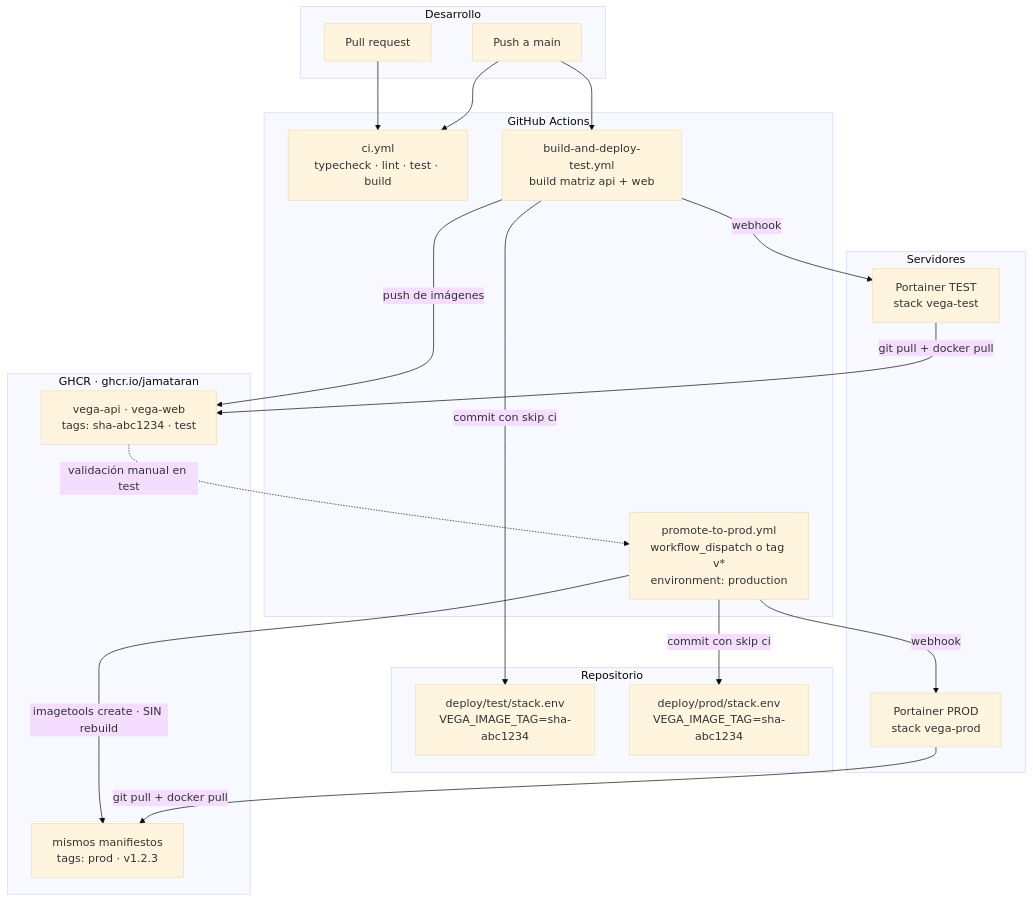
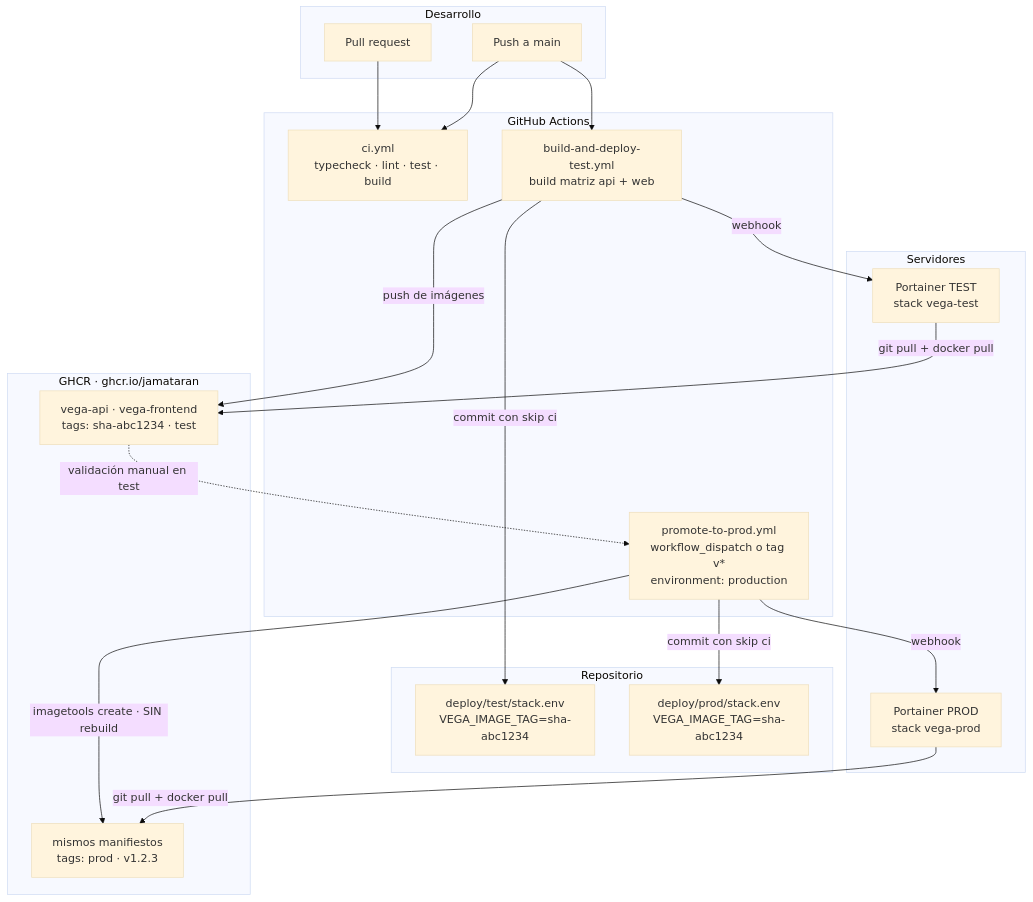
Before and after one commit to jamataran/vega: the diagram in deploy/README.md, drawn with Mermaid (base theme). The commit also changed other lines of this file and 103 other files, not shown here.

First line of the commit message:
refactor(frontend)!: renombrar apps/web a apps/frontend y añadir desglose de coste

````diff
--- a/deploy/README.md
+++ b/deploy/README.md
@@ -20,42 +20,42 @@
 ```mermaid
 flowchart TD
     subgraph dev["Desarrollo"]
         PR["Pull request"]
         MAIN["Push a main"]
     end
 
     subgraph gha["GitHub Actions"]
         CI["ci.yml<br/>typecheck · lint · test · build"]
         BUILD["build-and-deploy-test.yml<br/>build matriz api + web"]
         PROMO["promote-to-prod.yml<br/>workflow_dispatch o tag v*<br/>environment: production"]
     end
 
     subgraph ghcr["GHCR · ghcr.io/jamataran"]
-        IMG["vega-api · vega-web<br/>tags: sha-abc1234 · test"]
+        IMG["vega-api · vega-frontend<br/>tags: sha-abc1234 · test"]
         IMGP["mismos manifiestos<br/>tags: prod · v1.2.3"]
     end
 
     subgraph git["Repositorio"]
         SET["deploy/test/stack.env<br/>VEGA_IMAGE_TAG=sha-abc1234"]
         SEP["deploy/prod/stack.env<br/>VEGA_IMAGE_TAG=sha-abc1234"]
     end
 
     subgraph infra["Servidores"]
         PT["Portainer TEST<br/>stack vega-test"]
         PP["Portainer PROD<br/>stack vega-prod"]
     end
 
     PR --> CI
     MAIN --> CI
     MAIN --> BUILD
     BUILD -->|push de imágenes| IMG
     BUILD -->|commit con skip ci| SET
     BUILD -->|webhook| PT
     PT -->|git pull + docker pull| IMG
 
     IMG -.->|validación manual en test| PROMO
     PROMO -->|imagetools create · SIN rebuild| IMGP
     PROMO -->|commit con skip ci| SEP
     PROMO -->|webhook| PP
     PP -->|git pull + docker pull| IMGP
 ```
````
